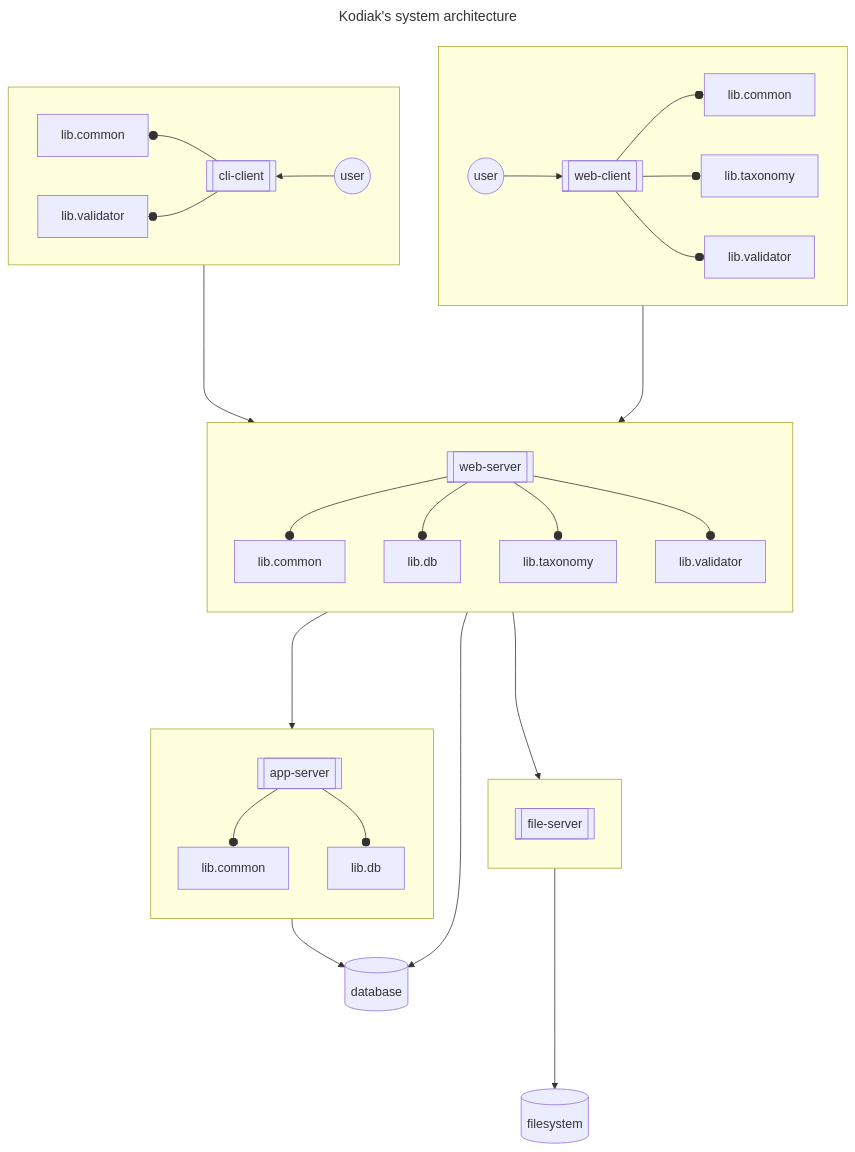
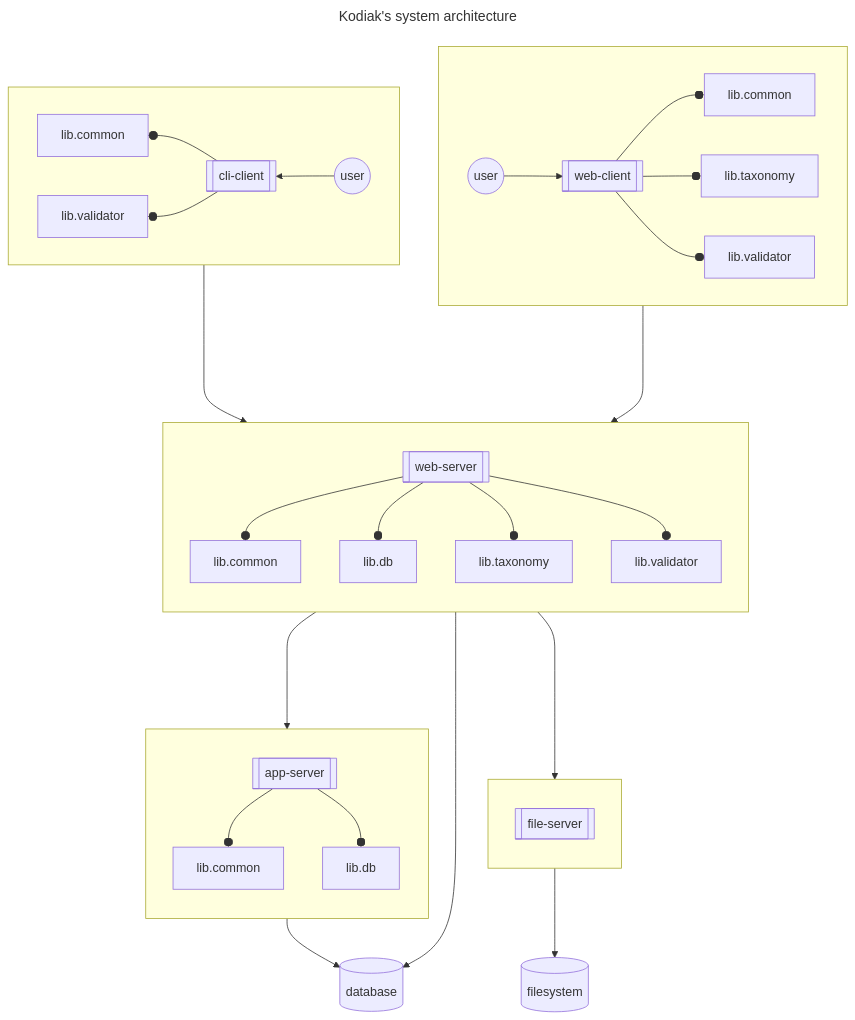
The diagram in SYSTEM-ARCHITECTURE.md (polarlabs/kodiak-diagrams), drawn with Mermaid before and after one commit.

Commit message:
fix: rearrange boxes.

````diff
--- a/SYSTEM-ARCHITECTURE.md
+++ b/SYSTEM-ARCHITECTURE.md
@@ -5,43 +5,42 @@
 ```mermaid
 ---
 title: Kodiak's system architecture
 ---
 flowchart TB
   subgraph user-web[ ]
     direction LR
     web-user((user)) --> web-client[[web-client]]
     web-client --o web-client.lib.common[lib.common]
     web-client --o web-client.lib.taxonomy[lib.taxonomy]
     web-client --o web-client.lib.validator[lib.validator]
   end
   subgraph user-cli[ ]
     direction RL
     cli-user((user)) --> cli-client[[cli-client]]
     cli-client --o cli-client.lib.common[lib.common]
     cli-client --o cli-client.lib.validator[lib.validator]
   end
   subgraph file-server[ ]
     direction TB
     file-server.api[[file-server]]
   end
   subgraph web-server[ ]
     direction TB
     web-server.api[[web-server]] --o web-server.lib.common[lib.common]
     web-server.api[[web-server]] --o web-server.lib.db[lib.db]
     web-server.api[[web-server]] --o web-server.lib.taxonomy[lib.taxonomy]
     web-server.api[[web-server]] --o web-server.lib.validator[lib.validator]
   end
   subgraph app-server[ ]
     direction TB
     app-server.api[[app-server]] --o app-server.lib.common[lib.common]
     app-server.api[[app-server]] --o app-server.lib.db[lib.db]
   end
   web-client ----> web-server.api
   cli-client ----> web-server.api
   web-server.api ----> file-server.api
   web-server.api ----> app-server.api
-  file-server ----> filesystem[(filesystem)]
+  file-server --> filesystem[(filesystem)]
   web-server --> database[(database)]
   app-server --> database[(database)]
-  file-server ~~~ web-server
 ```
````
